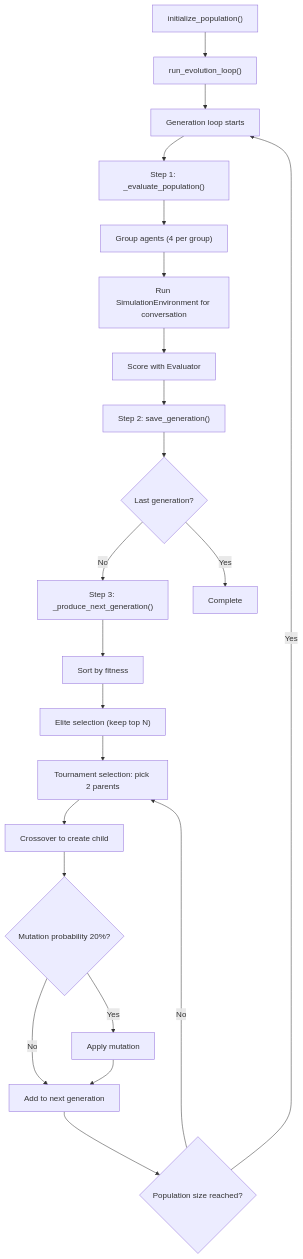
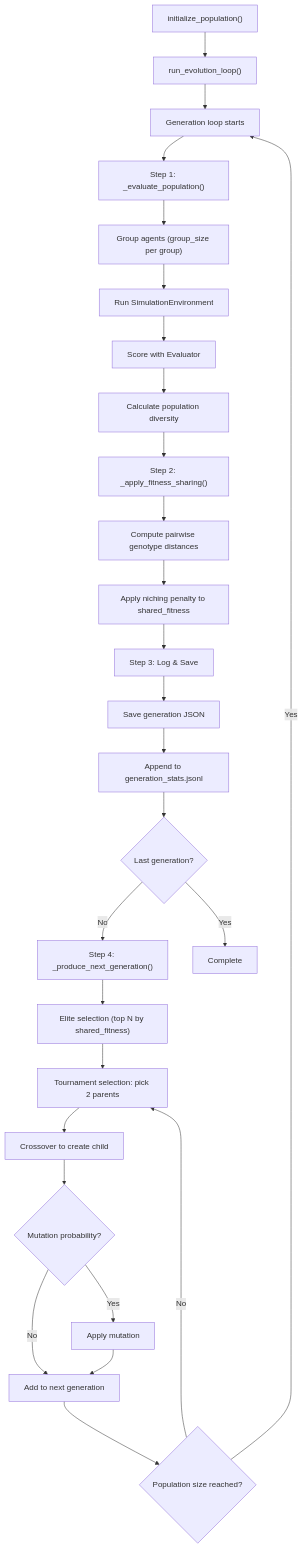
One commit to Keyhole-Koro/snackPersona changed the diagram in orchestrator/README.md. Above: the diagram before and after it, drawn with Mermaid. The commit also changed other lines of this file and 3 other files, not shown here.

Commit message:
feat: Implement persona-driven engagement in simulation and introduce a new diversity evaluation module.

````diff
--- a/orchestrator/README.md
+++ b/orchestrator/README.md
@@ -16,25 +16,30 @@
 ```mermaid
 graph TD
     A["initialize_population()"] --> B["run_evolution_loop()"]
-    
+
     B --> C["Generation loop starts"]
     C --> D["Step 1: _evaluate_population()"]
-    D --> D1["Group agents (4 per group)"]
-    D1 --> D2["Run SimulationEnvironment for conversation"]
+    D --> D1["Group agents (group_size per group)"]
+    D1 --> D2["Run SimulationEnvironment"]
     D2 --> D3["Score with Evaluator"]
-    D3 --> E["Step 2: save_generation()"]
-    E --> F{"Last generation?"}
-    F -- No --> G["Step 3: _produce_next_generation()"]
-    G --> G1["Sort by fitness"]
-    G1 --> G2["Elite selection (keep top N)"]
-    G2 --> G3["Tournament selection: pick 2 parents"]
-    G3 --> G4["Crossover to create child"]
-    G4 --> G5{"Mutation probability 20%?"}
-    G5 -- Yes --> G6["Apply mutation"]
-    G5 -- No --> G7["Add to next generation"]
-    G6 --> G7
-    G7 --> G8{"Population size reached?"}
-    G8 -- No --> G3
-    G8 -- Yes --> C
-    F -- Yes --> H["Complete"]
+    D3 --> D4["Calculate population diversity"]
+    D4 --> E["Step 2: _apply_fitness_sharing()"]
+    E --> E1["Compute pairwise genotype distances"]
+    E1 --> E2["Apply niching penalty to shared_fitness"]
+    E2 --> F["Step 3: Log & Save"]
+    F --> F1["Save generation JSON"]
+    F1 --> F2["Append to generation_stats.jsonl"]
+    F2 --> G{Last generation?}
+    G -- No --> H["Step 4: _produce_next_generation()"]
+    H --> H1["Elite selection (top N by shared_fitness)"]
+    H1 --> H2["Tournament selection: pick 2 parents"]
+    H2 --> H3["Crossover to create child"]
+    H3 --> H4{"Mutation probability?"}
+    H4 -- Yes --> H5["Apply mutation"]
+    H4 -- No --> H6["Add to next generation"]
+    H5 --> H6
+    H6 --> H7{Population size reached?}
+    H7 -- No --> H2
+    H7 -- Yes --> C
+    G -- Yes --> I["Complete"]
 ```
````
